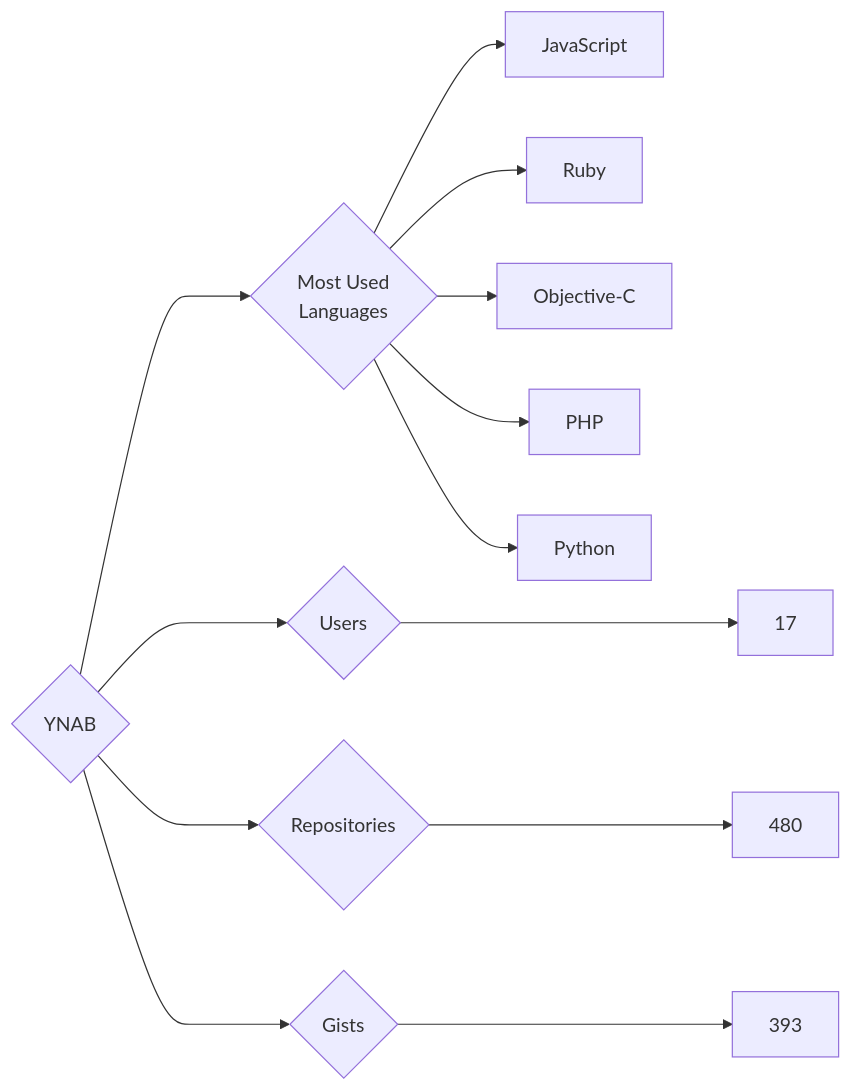
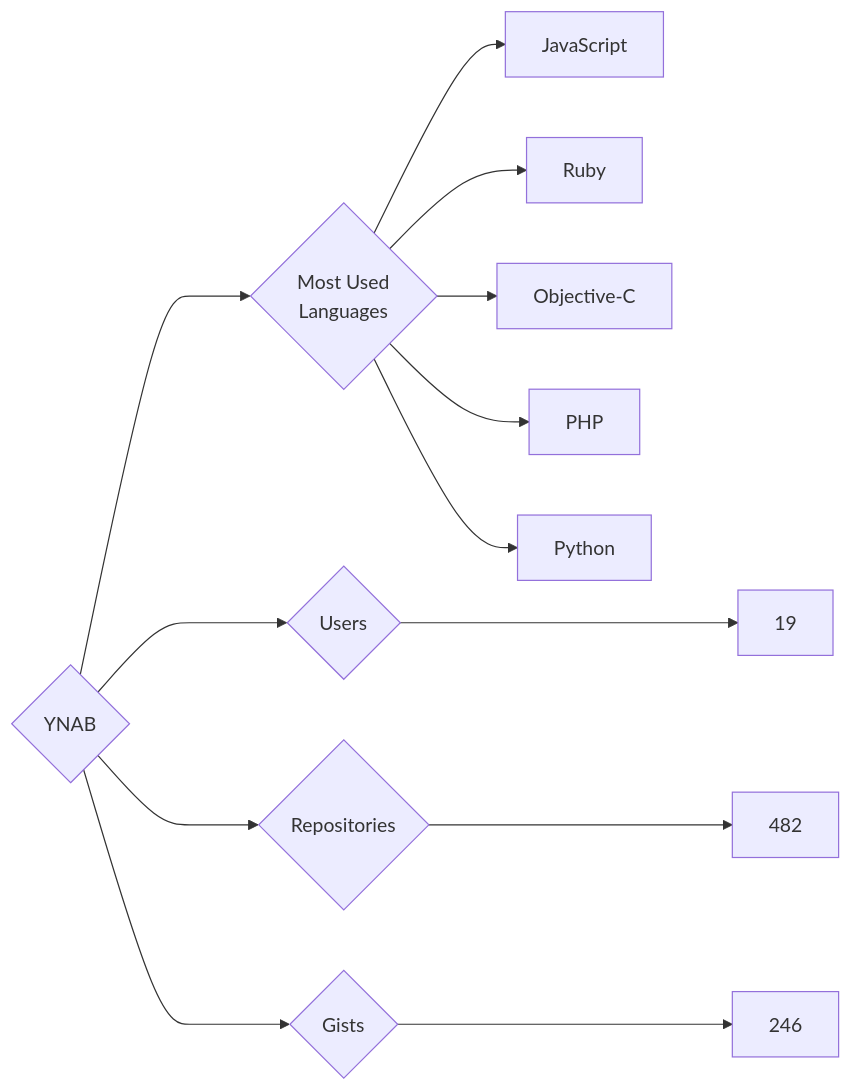
One commit to trickest/insiders changed the diagram in targets/YNAB/README.md. Above: the diagram before and after it, drawn with Mermaid. The commit also changed 1696 other files, not shown here.

````diff
--- a/targets/YNAB/README.md
+++ b/targets/YNAB/README.md
@@ -3,13 +3,13 @@
 ```mermaid
 graph LR
 COMPANY_NAME{YNAB}
-COMPANY_NAME ---> U{Users} ---> UN[17]
-COMPANY_NAME ---> R{Repositories} ---> RN[480]
-COMPANY_NAME ---> G{Gists} ---> GN[393]
+COMPANY_NAME ---> U{Users} ---> UN[19]
+COMPANY_NAME ---> R{Repositories} ---> RN[482]
+COMPANY_NAME ---> G{Gists} ---> GN[246]
 COMPANY_NAME ---> ML{Most Used<br>Languages}
 ML --> JavaScript[JavaScript]
 ML --> Ruby[Ruby]
 ML --> Objective-C[Objective-C]
 ML --> PHP[PHP]
 ML --> Python[Python]
 ```
````
